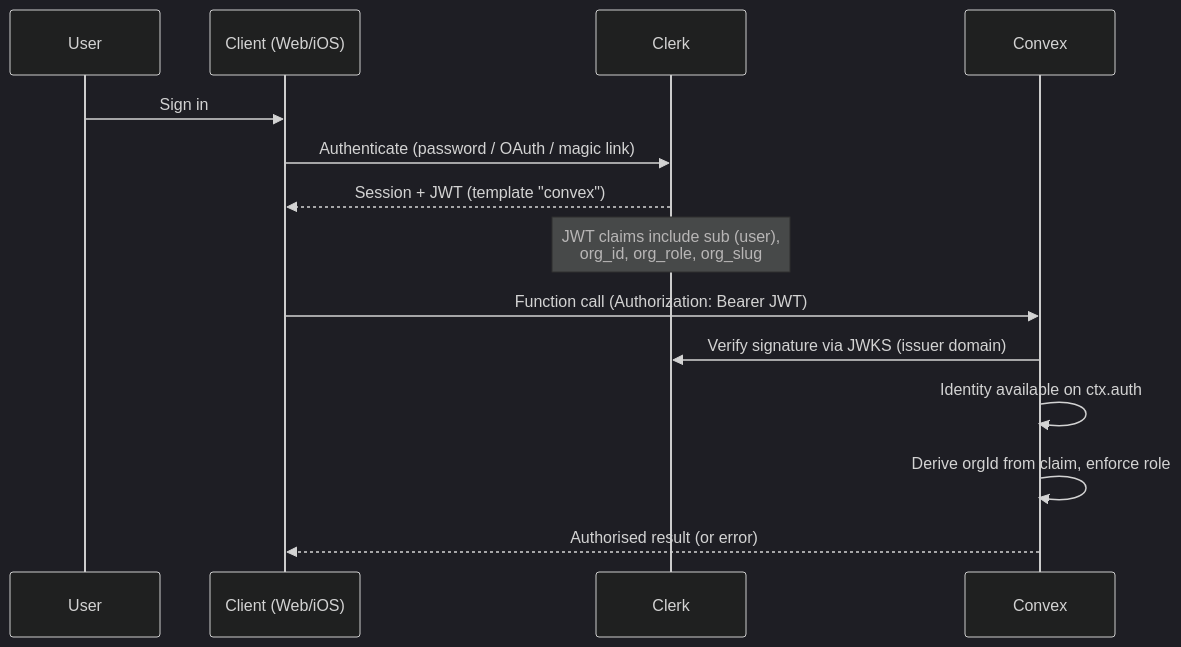
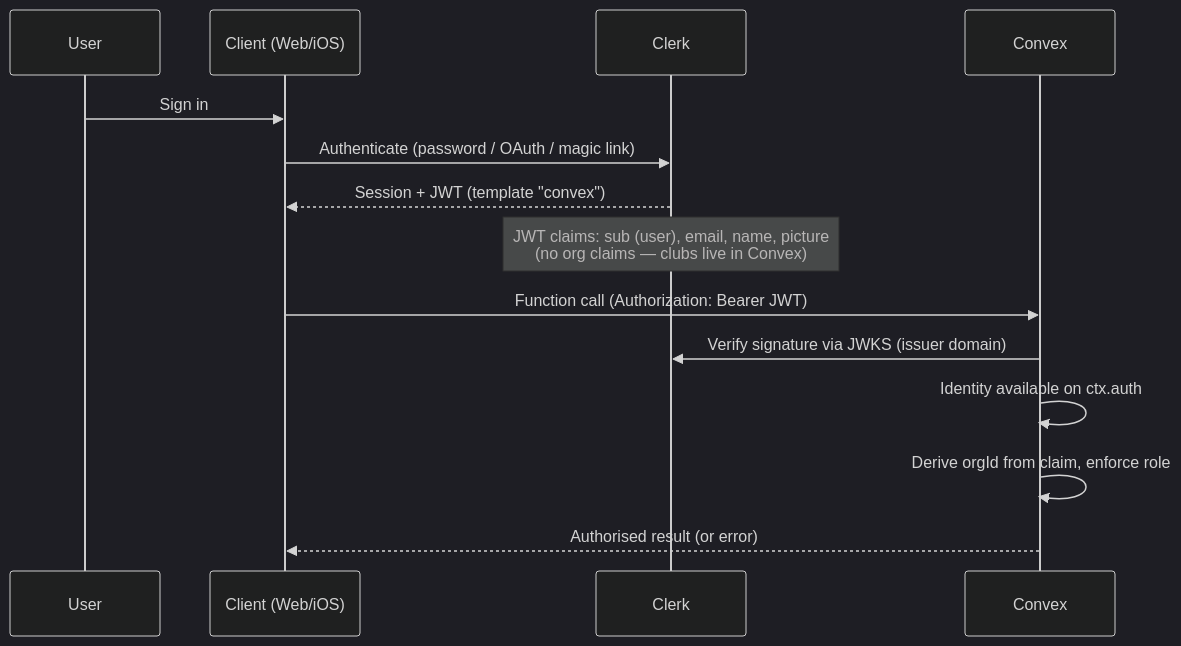
One commit to yumaitau/GatherHub changed the third of 4 diagrams in docs/architecture.md. Above: the diagram before and after it, drawn with Mermaid (dark theme). The commit also changed other lines of this file and 48 other files, not shown here.

````diff
--- a/docs/architecture.md
+++ b/docs/architecture.md
@@ -109,17 +109,17 @@
 ```mermaid
 sequenceDiagram
     participant U as User
     participant C as Client (Web/iOS)
     participant CL as Clerk
     participant CV as Convex
 
     U->>C: Sign in
     C->>CL: Authenticate (password / OAuth / magic link)
     CL-->>C: Session + JWT (template "convex")
-    Note over CL: JWT claims include sub (user),<br/>org_id, org_role, org_slug
+    Note over CL: JWT claims: sub (user), email, name, picture<br/>(no org claims — clubs live in Convex)
     C->>CV: Function call (Authorization: Bearer JWT)
     CV->>CL: Verify signature via JWKS (issuer domain)
     CV->>CV: Identity available on ctx.auth
     CV->>CV: Derive orgId from claim, enforce role
     CV-->>C: Authorised result (or error)
 ```
````
